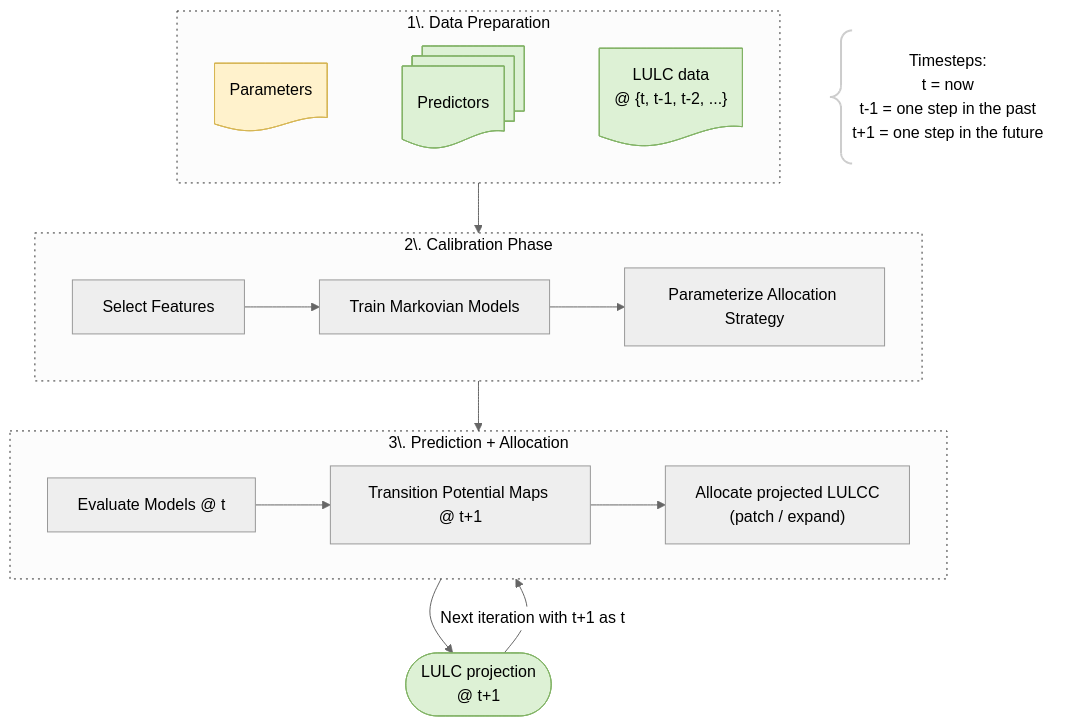
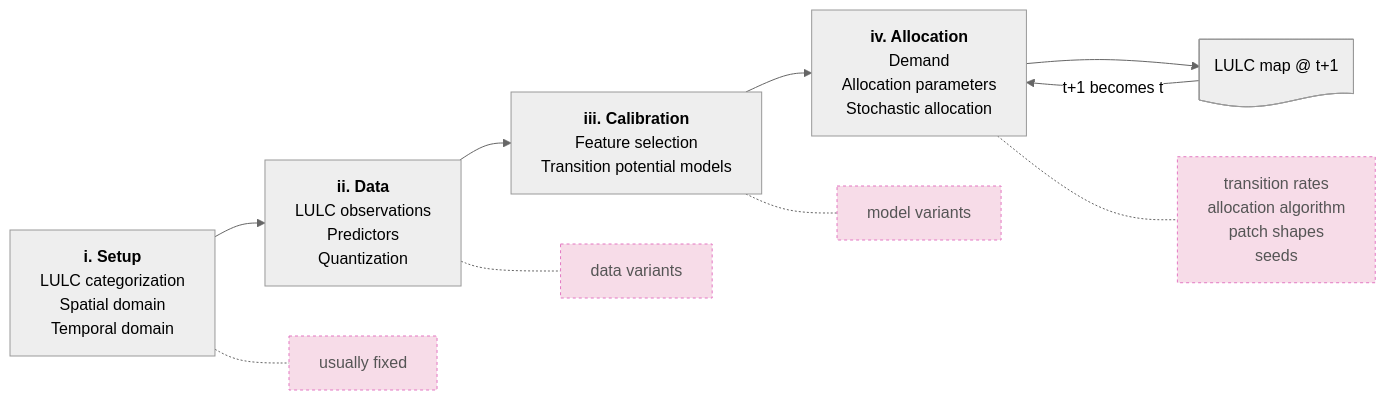
The diagram in devdocs/design/workflow.md (ethzplus/evoland-plus), drawn with Mermaid before and after one commit. The commit also changed other lines of this file, not shown here.

Commit message:
devdocs: terser workflow diagram with run variants and autoregressive loop
Refs #71

Claude-Session: https://claude.ai/code/session_01F64irZbJjZgMc24W7wZimL

````diff
--- a/devdocs/design/workflow.md
+++ b/devdocs/design/workflow.md
@@ -6,53 +6,27 @@
 ```mermaid
 ---
 config:
   theme: neutral
 ---
+flowchart LR
+    setup["<b>i. Setup</b><br>LULC categorization<br>Spatial domain<br>Temporal domain"]
+    data["<b>ii. Data</b><br>LULC observations<br>Predictors<br>Quantization"]
+    calibration["<b>iii. Calibration</b><br>Feature selection<br>Transition potential models"]
+    allocation["<b>iv. Allocation</b><br>Demand<br>Allocation parameters<br>Stochastic allocation"]
+    projection@{shape: doc, label: "LULC map @ t+1"}
 
-flowchart TD
-    ts@{shape : brace, label: " Timesteps: \n t = now \n t-1 = one step in the past \n t+1 = one step in the future"}
-    style ts stroke:#ccc, stroke-width:2px
+    setup --> data --> calibration --> allocation --> projection
+    projection -->|"t+1 becomes t"| allocation
 
-    subgraph preparation["1\. Data Preparation"]
-        direction LR
-        config@{shape : doc, label: "Parameters"}
-        predictors@{shape : docs, label: "Predictors"}
-        lulc_data@{shape : doc, label: "LULC data \n @ {t, t-1, t-2, ...}"}
-        config --- predictors
-        predictors --- lulc_data
-        linkStyle 0,1 stroke-opacity:0
-    end
-    preparation --> calibration
+    setup_variants["usually fixed"]
+    data_variants["data variants"]
+    model_variants["model variants"]
+    allocation_variants["transition rates<br>allocation algorithm<br>patch shapes<br>seeds"]
+    setup -.- setup_variants
+    data -.- data_variants
+    calibration -.- model_variants
+    allocation -.- allocation_variants
 
-    subgraph calibration["2\. Calibration Phase"]
-        direction LR
-        varsel["Select Features"]
-        varsel --> markovmods
-        markovmods["Train Markovian Models"]
-        markovmods --> parametrize_alloc
-        parametrize_alloc["Parameterize Allocation Strategy"]
-    end
-
-    calibration --> estimation
-
-    subgraph estimation["3\. Prediction + Allocation"]
-        direction LR
-        evalmodel["`Evaluate Models @ t`"]
-        Predictions["Transition Potential Maps @ t+1"]
-        evalmodel --> Predictions
-        Changes["Allocate projected LULCC <br> (patch / expand)"]
-        Predictions --> Changes
-    end
-
-    estimation --> projection
-    projection@{shape : terminal, label: "LULC projection\n @ t+1"}
-    projection -->|Next iteration with t+1 as t| estimation
-
-    classDef phase fill:#f9f9f990,stroke:#333,stroke-dasharray:2 4,color:#000000
-    classDef data fill:#ddf1d5,stroke:#82b366,color:#000000
-    classDef user_input fill:#fff2cc,stroke:#d6b655,color:#000000
-
-    class calibration,preparation,estimation,allocation phase
-    class predictors,lulc_data,projection data
-    class config user_input
+    classDef variant fill:#f7dce8,stroke:#e377c2,stroke-dasharray:3 3,color:#555
+    class setup_variants,data_variants,model_variants,allocation_variants variant
 ```
````
